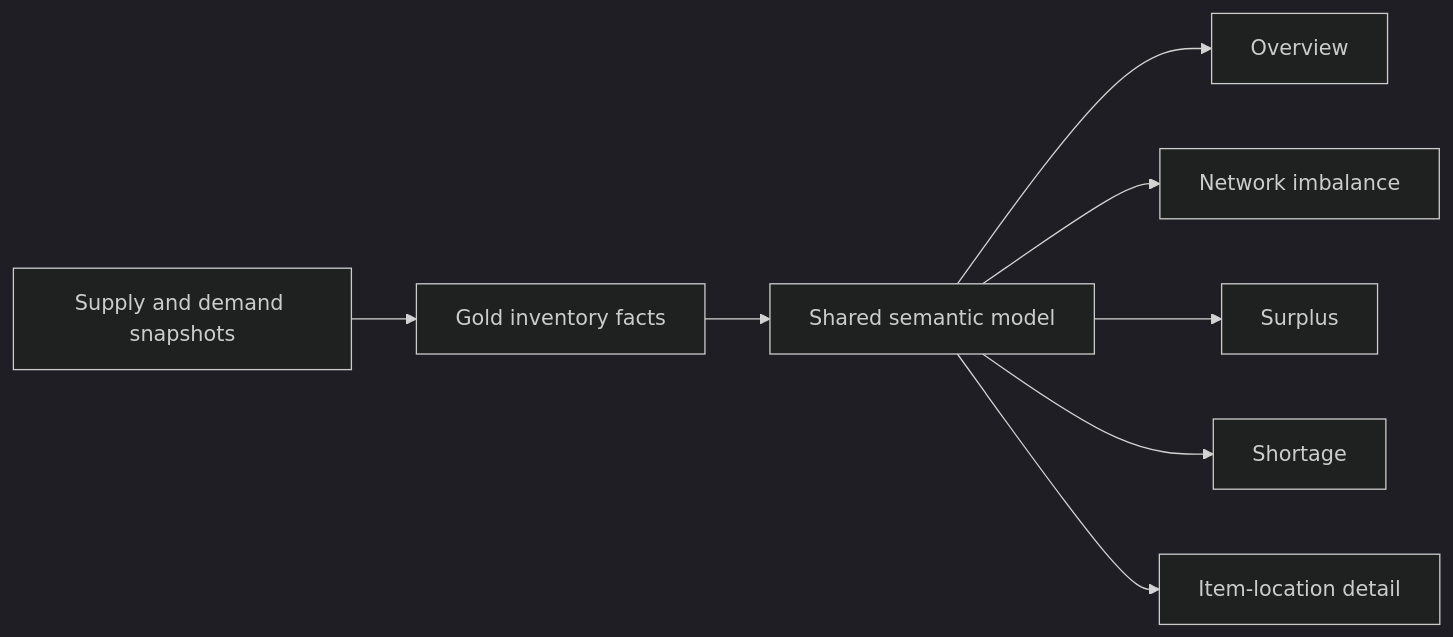
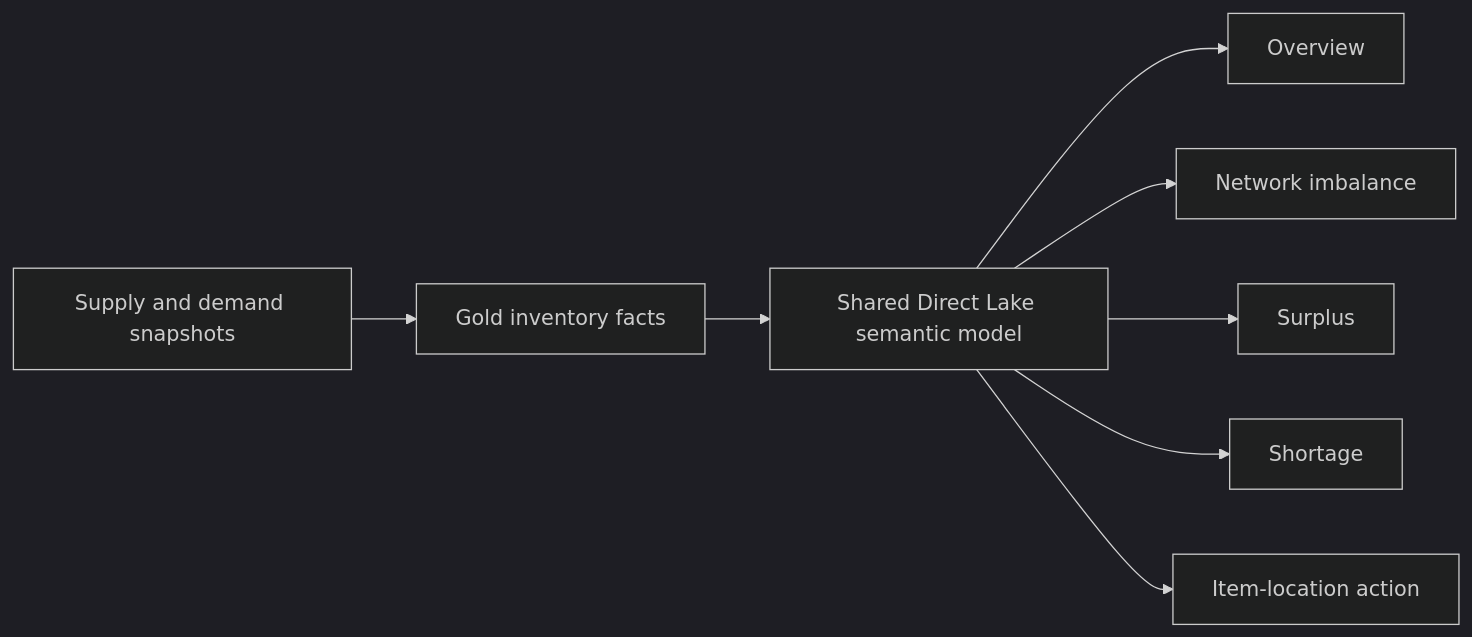
One commit to vothai17072002/inventory-health-control-tower changed the first of 2 diagrams in README.md. Above: the diagram before and after it, drawn with Mermaid (dark theme). The commit also changed other lines of this file and 11 other files, not shown here.

````diff
--- a/README.md
+++ b/README.md
@@ -16,10 +25,10 @@
 ```mermaid
 flowchart LR
     S[Supply and demand snapshots] --> G[Gold inventory facts]
-    G --> M[Shared semantic model]
+    G --> M[Shared Direct Lake semantic model]
     M --> O[Overview]
     M --> N[Network imbalance]
     M --> U[Surplus]
     M --> H[Shortage]
-    M --> D[Item-location detail]
+    M --> D[Item-location action]
 ```
````
